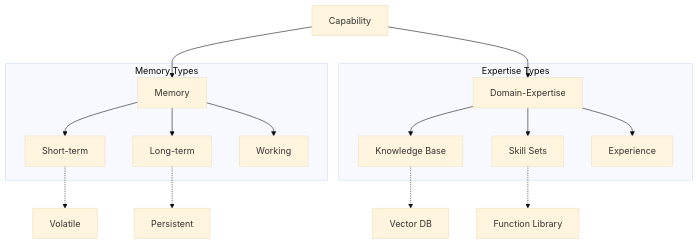
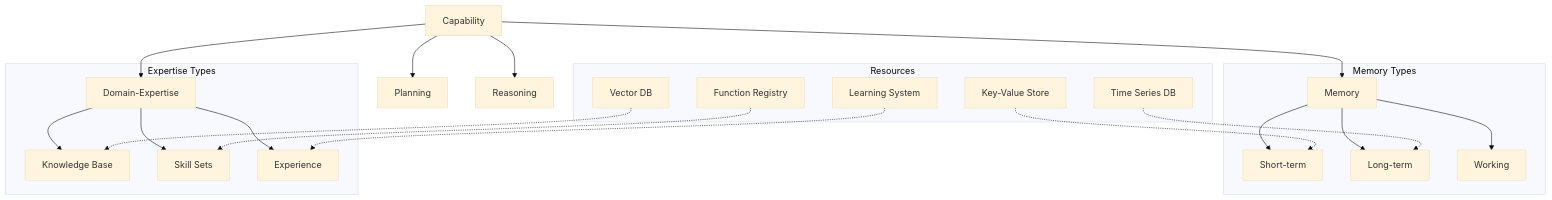
The diagram in opendxa/agent/capability/README.md (aitomatic/dana), drawn with Mermaid (base theme) before and after one commit. The commit also changed other lines of this file and 8 other files, not shown here.

````diff
--- a/opendxa/agent/capability/README.md
+++ b/opendxa/agent/capability/README.md
@@ -26,22 +33,27 @@
 ```mermaid
 graph TB
     A[Capability] --> B[Memory]
     A --> C[Domain-Expertise]
+    A --> D[Planning]
+    A --> E[Reasoning]
     
     subgraph "Memory Types"
-        B --> D[Short-term]
-        B --> E[Long-term]
-        B --> F[Working]
+        B --> F[Short-term]
+        B --> G[Long-term]
+        B --> H[Working]
     end
     
     subgraph "Expertise Types"
-        C --> G[Knowledge Base]
-        C --> H[Skill Sets]
-        C --> I[Experience]
+        C --> I[Knowledge Base]
+        C --> J[Skill Sets]
+        C --> K[Experience]
     end
     
-    D -.-> J[Volatile]
-    E -.-> K[Persistent]
-    G -.-> L[Vector DB]
-    H -.-> M[Function Library]
+    subgraph "Resources"
+        L[Vector DB] -.-> I
+        M[Key-Value Store] -.-> F
+        N[Time Series DB] -.-> G
+        O[Function Registry] -.-> J
+        P[Learning System] -.-> K
+    end
 ```
````
